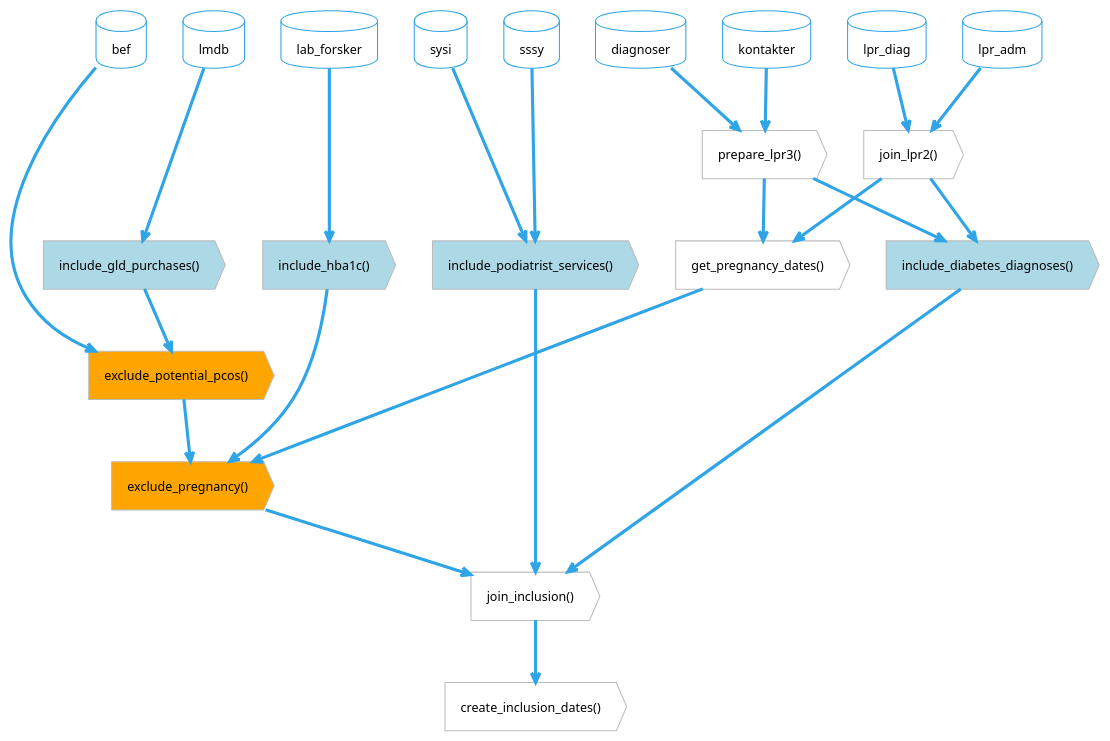
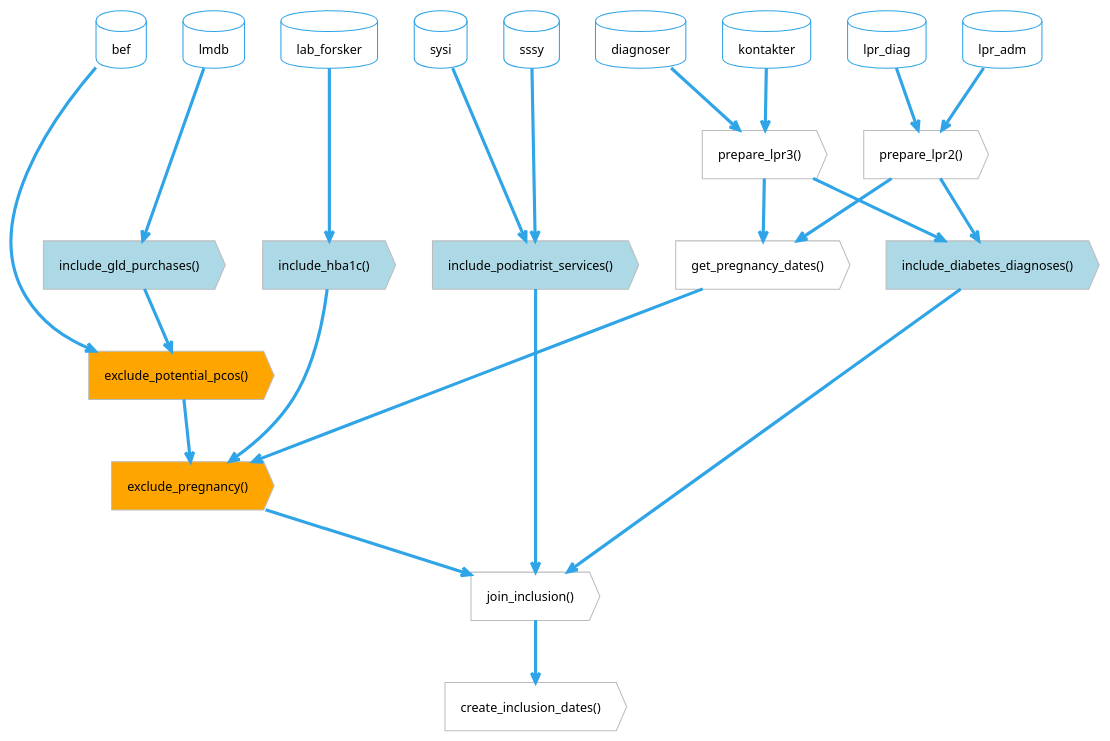
One commit to steno-aarhus/osdc changed the diagram in vignettes/articles/pumls/function-flow-population.puml. Above: the diagram before and after it, drawn with PlantUML. The commit also changed 9 other files, not shown here.

Commit message:
Merge branch 'main' into refactor/update-join_lpr3-to-be-prepare_lpr3

```diff
--- a/vignettes/articles/pumls/function-flow-population.puml
+++ b/vignettes/articles/pumls/function-flow-population.puml
@@ -1,83 +1,83 @@
 @startuml function-flow-population
 !theme cerulean-outline
 <style>
 action, card, database, rectangle {
     FontColor black
 }
 .inclusion {
     BackgroundColor lightblue
 }
 .exclusion {
     BackgroundColor orange
 }
 </style>
 
 hide <<inclusion>> stereotype
 hide <<exclusion>> stereotype
 
 'Diabetes population extraction
     together {
         database sssy
         database sysi
         database lpr_diag
         database lpr_adm
         database lmdb
         database lab_forsker
         database kontakter
         database diagnoser
         database bef
     }
     together {
-            action "join_lpr2()" as lpr2
+            action "prepare_lpr2()" as lpr2
             action "prepare_lpr3()" as lpr3
     }
 
     together {
         action "exclude_pregnancy()" as ex_pregnancy <<exclusion>>
         action "exclude_potential_pcos()" as ex_pcos <<exclusion>>
     }
     together {
         action "include_diabetes_diagnoses()" as in_diagnoses <<inclusion>>
         action "include_hba1c()" as in_hba1c <<inclusion>>
         action "include_podiatrist_services()" as in_podiatrist <<inclusion>>
         action "include_gld_purchases()" as in_gld <<inclusion>>
         action "get_pregnancy_dates()" as pregnancy
     }
 
     action "join_inclusion()" as join_inclusion
     action "create_inclusion_dates()" as inclusion_date
 
 'join lpr
     lpr_diag --> lpr2
     lpr_adm --> lpr2
     kontakter --> lpr3
     diagnoser --> lpr3
 
 'inclusion: podiatrist services
     sssy --> in_podiatrist
     sysi --> in_podiatrist
     in_podiatrist --> join_inclusion
 
 'inclusion: hba1c
     lab_forsker --> in_hba1c
     in_hba1c --> ex_pregnancy
     ex_pregnancy --> join_inclusion
 
 'inclusion: gld purchases
     lmdb --> in_gld
     in_gld --> ex_pcos
     ex_pcos --> ex_pregnancy
 
 'inclusion: diabetes diagnoses
     lpr2 --> in_diagnoses
     lpr3 --> in_diagnoses
     in_diagnoses --> join_inclusion
 
 'exclusion and helper functions
     bef --> ex_pcos
     lpr2 --> pregnancy
     lpr3 --> pregnancy
     pregnancy --> ex_pregnancy
     join_inclusion --> inclusion_date
 
 @enduml
```
